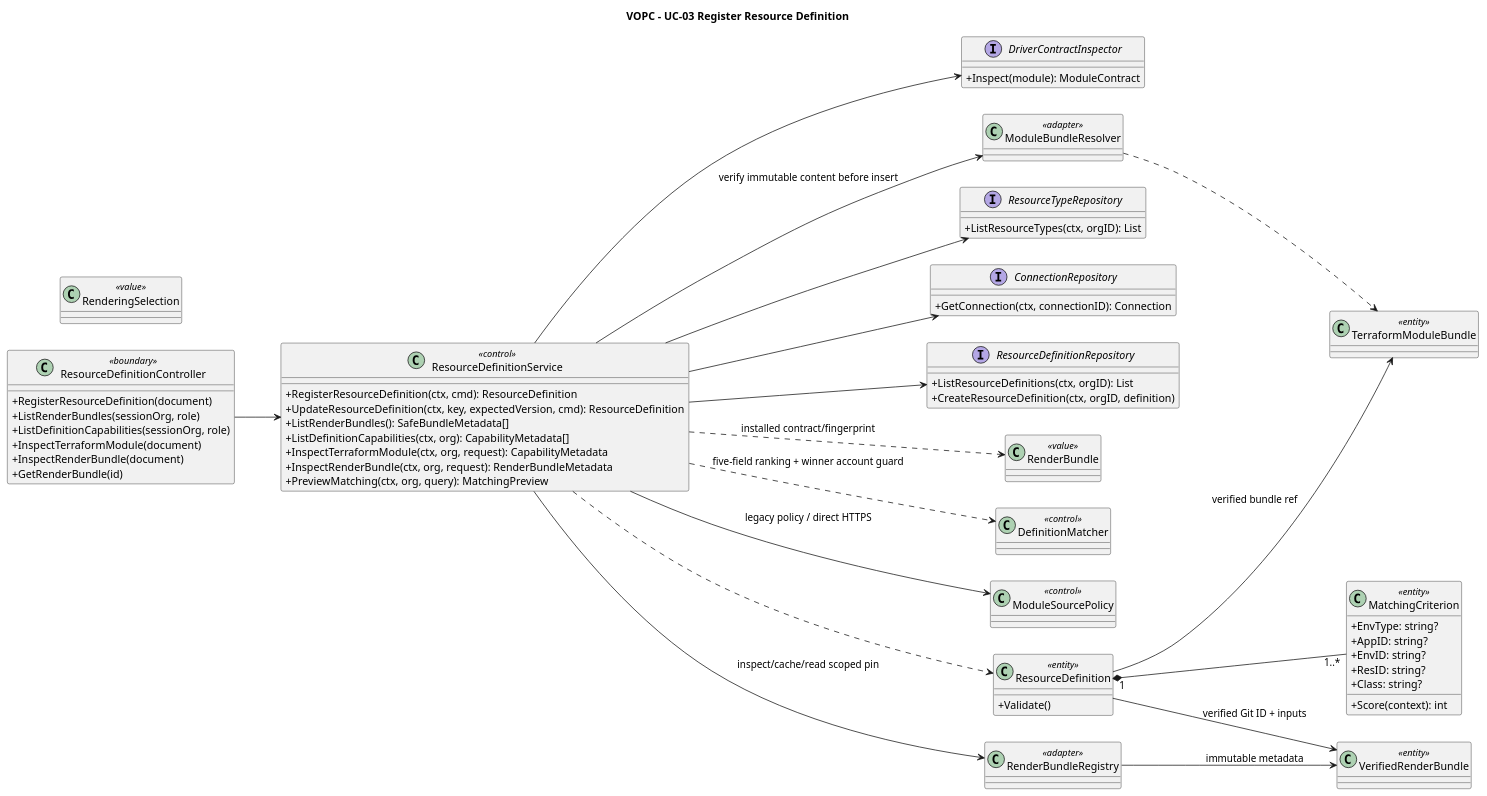
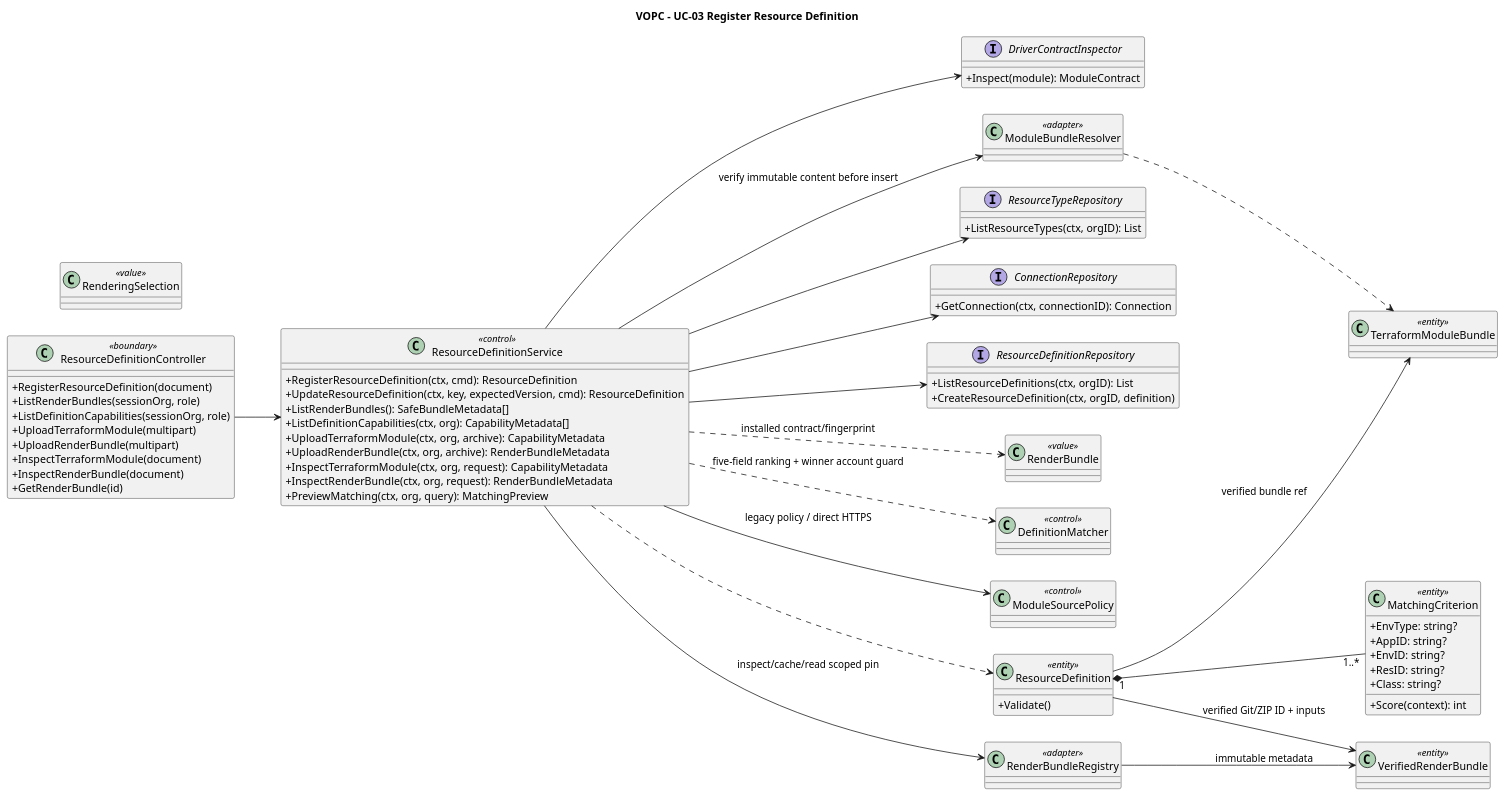
One commit to pr3s3nt/poc changed the diagram in orchestrator_docs/usecase/UC-03/vopc.puml. Above: the diagram before and after it, drawn with PlantUML. The commit also changed 67 other files, not shown here.

Commit message:
feat: support ZIP module and render bundle uploads

```diff
--- a/orchestrator_docs/usecase/UC-03/vopc.puml
+++ b/orchestrator_docs/usecase/UC-03/vopc.puml
@@ -1,70 +1,74 @@
 @startuml
 title VOPC - UC-03 Register Resource Definition
 left to right direction
 skinparam classAttributeIconSize 0
 class ResourceDefinitionController <<boundary>> {
   +RegisterResourceDefinition(document)
   +ListRenderBundles(sessionOrg, role)
   +ListDefinitionCapabilities(sessionOrg, role)
+  +UploadTerraformModule(multipart)
+  +UploadRenderBundle(multipart)
   +InspectTerraformModule(document)
   +InspectRenderBundle(document)
   +GetRenderBundle(id)
 }
 class ResourceDefinitionService <<control>> {
   +RegisterResourceDefinition(ctx, cmd): ResourceDefinition
     +UpdateResourceDefinition(ctx, key, expectedVersion, cmd): ResourceDefinition
   +ListRenderBundles(): SafeBundleMetadata[]
   +ListDefinitionCapabilities(ctx, org): CapabilityMetadata[]
+  +UploadTerraformModule(ctx, org, archive): CapabilityMetadata
+  +UploadRenderBundle(ctx, org, archive): RenderBundleMetadata
   +InspectTerraformModule(ctx, org, request): CapabilityMetadata
   +InspectRenderBundle(ctx, org, request): RenderBundleMetadata
   +PreviewMatching(ctx, org, query): MatchingPreview
 }
 interface DriverContractInspector {
   +Inspect(module): ModuleContract
 }
 class ResourceDefinition <<entity>> {
   +Validate()
 }
 class MatchingCriterion <<entity>> {
   +EnvType: string?
   +AppID: string?
   +EnvID: string?
   +ResID: string?
   +Class: string?
   +Score(context): int
 }
 interface ResourceTypeRepository {
   +ListResourceTypes(ctx, orgID): List
 }
 interface ConnectionRepository {
   +GetConnection(ctx, connectionID): Connection
 }
 interface ResourceDefinitionRepository {
   +ListResourceDefinitions(ctx, orgID): List
   +CreateResourceDefinition(ctx, orgID, definition)
 }
 ResourceDefinitionController --> ResourceDefinitionService
 ResourceDefinitionService --> DriverContractInspector
 ResourceDefinitionService --> ResourceTypeRepository
 ResourceDefinitionService --> ConnectionRepository
 ResourceDefinitionService --> ResourceDefinitionRepository
 ResourceDefinitionService ..> ResourceDefinition
 ResourceDefinition "1" *-- "1..*" MatchingCriterion
 class RenderBundle <<value>>
 class RenderingSelection <<value>>
 ResourceDefinitionService ..> RenderBundle : installed contract/fingerprint
 class DefinitionMatcher <<control>>
 ResourceDefinitionService ..> DefinitionMatcher : five-field ranking + winner account guard
 class ModuleSourcePolicy <<control>>
 class ModuleBundleResolver <<adapter>>
 class TerraformModuleBundle <<entity>>
 ResourceDefinitionService --> ModuleSourcePolicy : legacy policy / direct HTTPS
 ResourceDefinitionService --> ModuleBundleResolver : verify immutable content before insert
 ModuleBundleResolver ..> TerraformModuleBundle
 ResourceDefinition --> TerraformModuleBundle : verified bundle ref
 class RenderBundleRegistry <<adapter>>
 class VerifiedRenderBundle <<entity>>
 ResourceDefinitionService --> RenderBundleRegistry : inspect/cache/read scoped pin
 RenderBundleRegistry --> VerifiedRenderBundle : immutable metadata
-ResourceDefinition --> VerifiedRenderBundle : verified Git ID + inputs
+ResourceDefinition --> VerifiedRenderBundle : verified Git/ZIP ID + inputs
 @enduml
```
